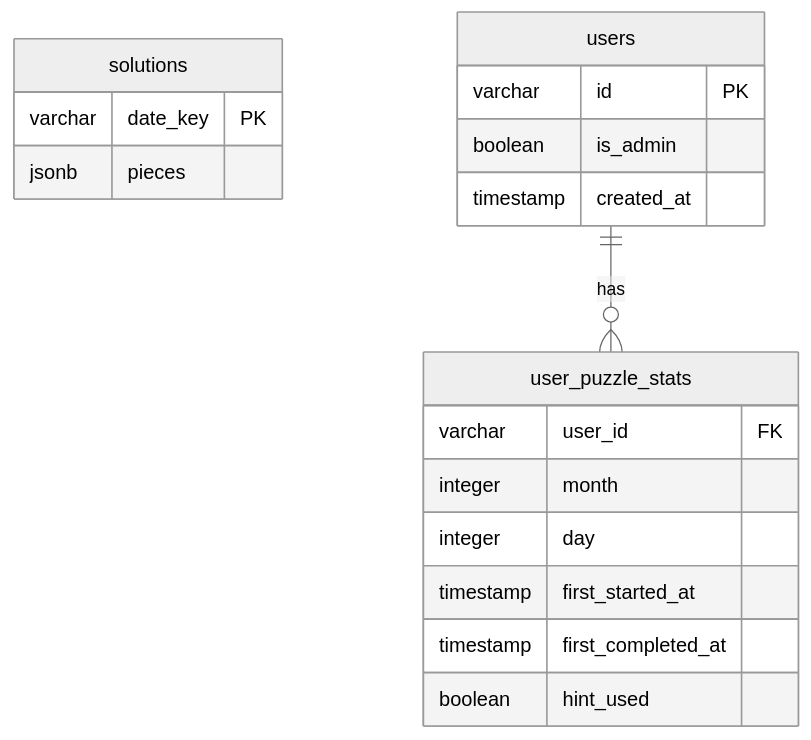
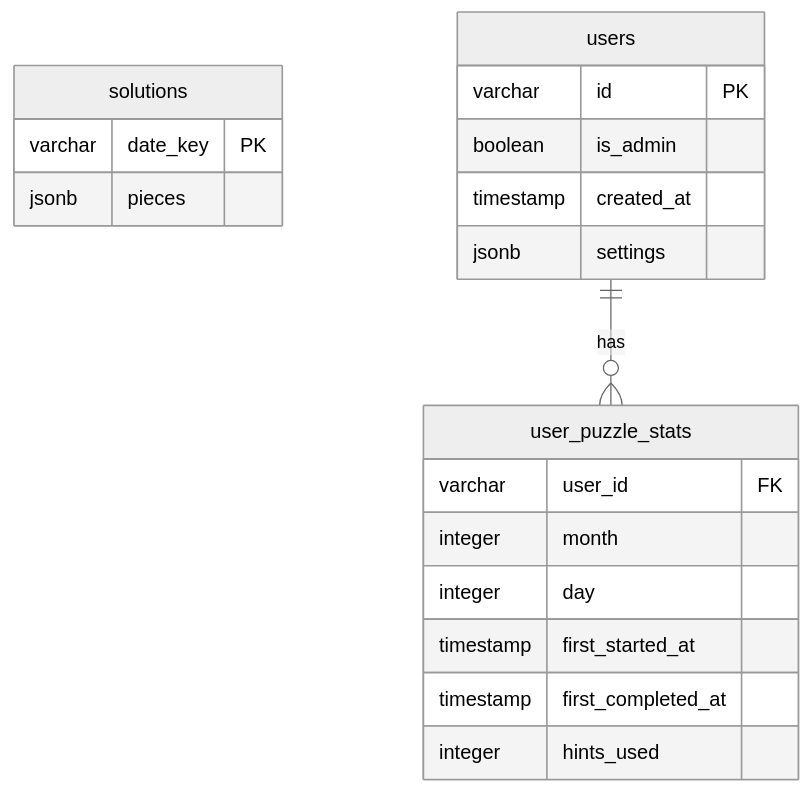
The diagram in docs/DB_SCHEMA.md (yoavain/calendar-puzzle), drawn with Mermaid (neutral theme) before and after one commit. The commit also changed other lines of this file and 70 other files, not shown here.

````diff
--- a/docs/DB_SCHEMA.md
+++ b/docs/DB_SCHEMA.md
@@ -5,24 +5,25 @@
 ```mermaid
 erDiagram
     solutions {
         varchar date_key PK
         jsonb pieces
     }
 
     users {
         varchar id PK
         boolean is_admin
         timestamp created_at
+        jsonb settings
     }
 
     user_puzzle_stats {
         varchar user_id FK
         integer month
         integer day
         timestamp first_started_at
         timestamp first_completed_at
-        boolean hint_used
+        integer hints_used
     }
 
     users ||--o{ user_puzzle_stats : "has"
 ```
````
